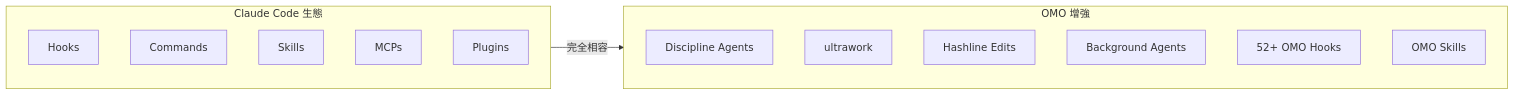
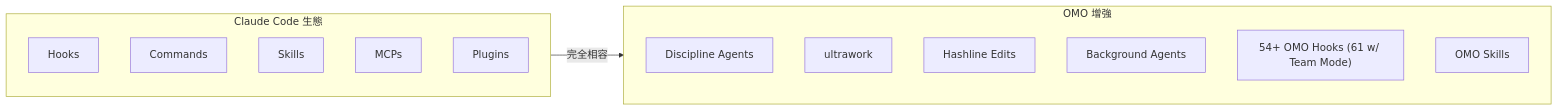
The fourth of 21 diagrams in content/posts/教學/AI開發/oh-my-openagent（Oh My OpenCode, OMO）教學手冊.md (chihhung/Blog), drawn with Mermaid before and after one commit. The commit also changed other lines of this file and 5 other files, not shown here.

````diff
--- a/content/posts/教學/AI開發/oh-my-openagent（Oh My OpenCode, OMO）教學手冊.md
+++ b/content/posts/教學/AI開發/oh-my-openagent（Oh My OpenCode, OMO）教學手冊.md
@@ -329,21 +342,21 @@
 ```mermaid
 graph LR
     subgraph ClaudeCodeEcosystem["Claude Code 生態"]
         CCHooks["Hooks"]
         CCCommands["Commands"]
         CCSkills["Skills"]
         CCMCPs["MCPs"]
         CCPlugins["Plugins"]
     end
 
     subgraph OMO_Enhancements["OMO 增強"]
         DAgents["Discipline Agents"]
         UltraW["ultrawork"]
         HashL["Hashline Edits"]
         BgAg["Background Agents"]
-        OMOHooks["52+ OMO Hooks"]
+        OMOHooks["54+ OMO Hooks (61 w/ Team Mode)"]
         OMOSkills["OMO Skills"]
     end
 
     ClaudeCodeEcosystem -->|"完全相容"| OMO_Enhancements
 ```
````
